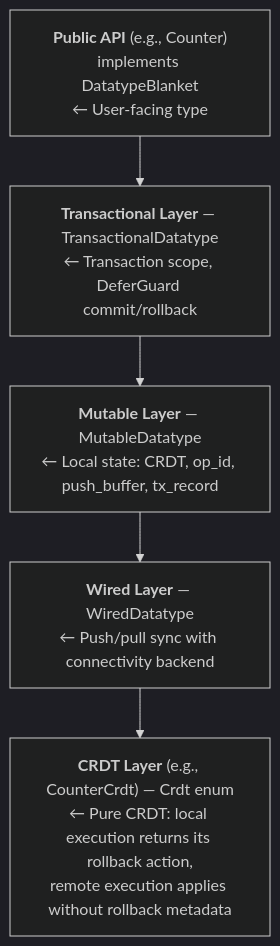
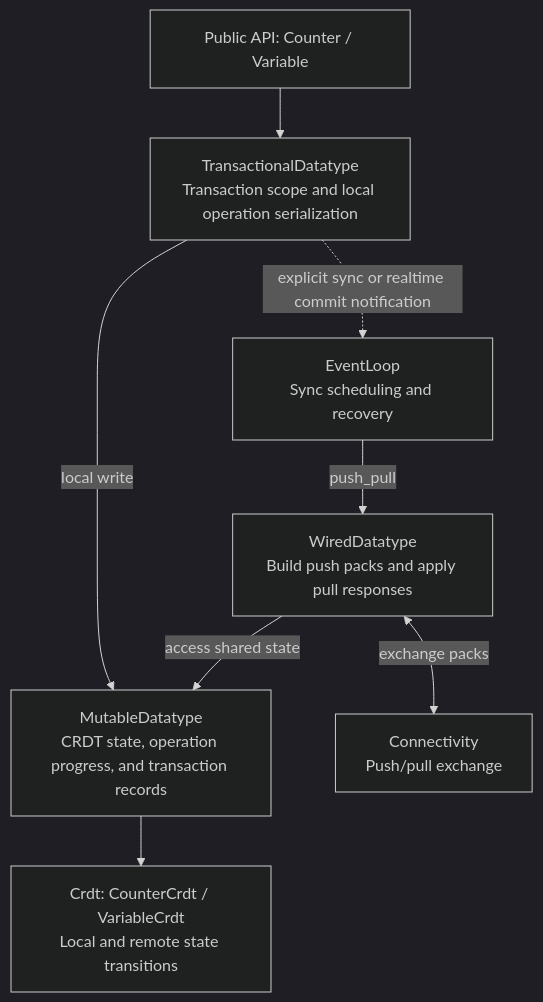
The first of 4 diagrams in docs/architecture.md (qortoo/qortoo-rs), drawn with Mermaid (dark theme) before and after one commit. The commit also changed other lines of this file, not shown here.

First line of the commit message:
📜docs(architecture): separate the local write and sync execution paths

````diff
--- a/docs/architecture.md
+++ b/docs/architecture.md
@@ -11,10 +14,18 @@
 ```mermaid
 flowchart TD
-    API["<b>Public API</b> (e.g., Counter)<br/>implements DatatypeBlanket<br/>← User-facing type"]
-    TX["<b>Transactional Layer</b> — TransactionalDatatype<br/>← Transaction scope, DeferGuard commit/rollback"]
-    MU["<b>Mutable Layer</b> — MutableDatatype<br/>← Local state: CRDT, op_id, push_buffer, tx_record"]
-    WI["<b>Wired Layer</b> — WiredDatatype<br/>← Push/pull sync with connectivity backend"]
-    CR["<b>CRDT Layer</b> (e.g., CounterCrdt) — Crdt enum<br/>← Pure CRDT: local execution returns its rollback action,<br/>remote execution applies without rollback metadata"]
+    API["Public API: Counter / Variable"]
+    TX["TransactionalDatatype<br/>Transaction scope and local operation serialization"]
+    MU["MutableDatatype<br/>CRDT state, operation progress, and transaction records"]
+    CR["Crdt: CounterCrdt / VariableCrdt<br/>Local and remote state transitions"]
+    EL["EventLoop<br/>Sync scheduling and recovery"]
+    WI["WiredDatatype<br/>Build push packs and apply pull responses"]
+    CONN["Connectivity<br/>Push/pull exchange"]
 
-    API --> TX --> MU --> WI --> CR
+    API --> TX
+    TX -->|local write| MU
+    MU --> CR
+    TX -.->|explicit sync or realtime commit notification| EL
+    EL -->|push_pull| WI
+    WI -->|access shared state| MU
+    WI <-->|exchange packs| CONN
 ```
````
